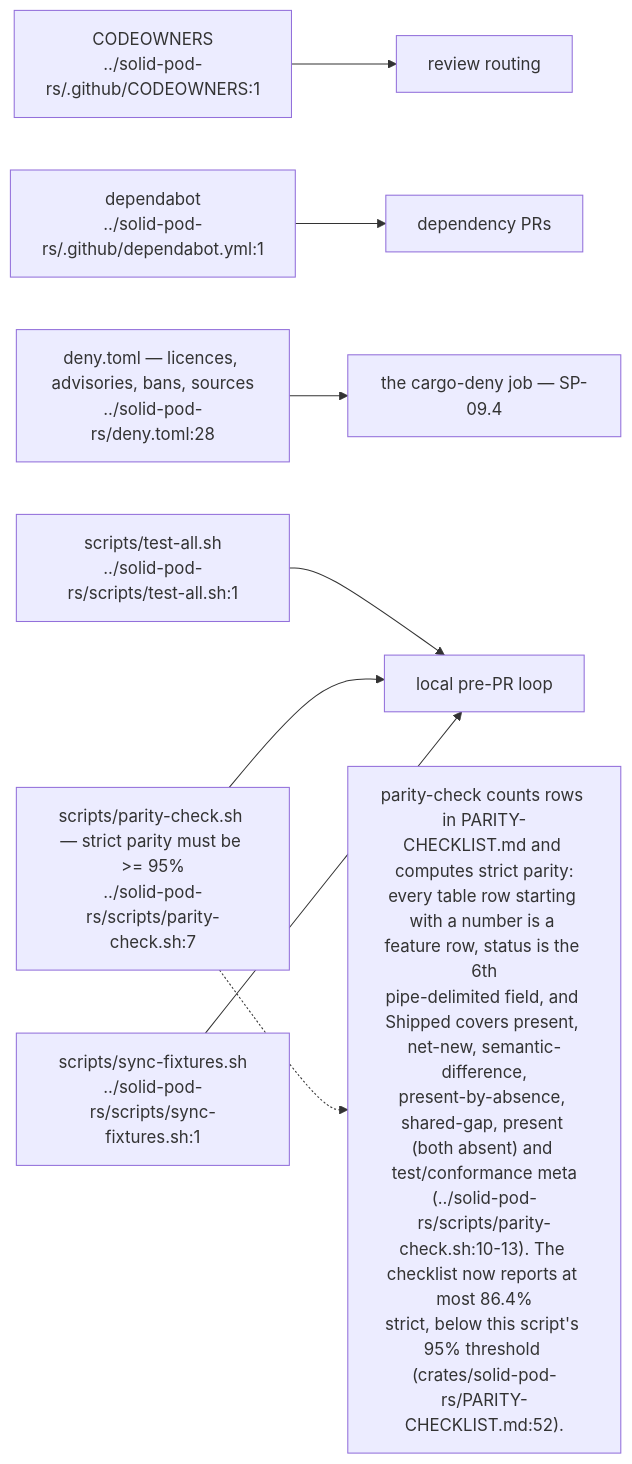
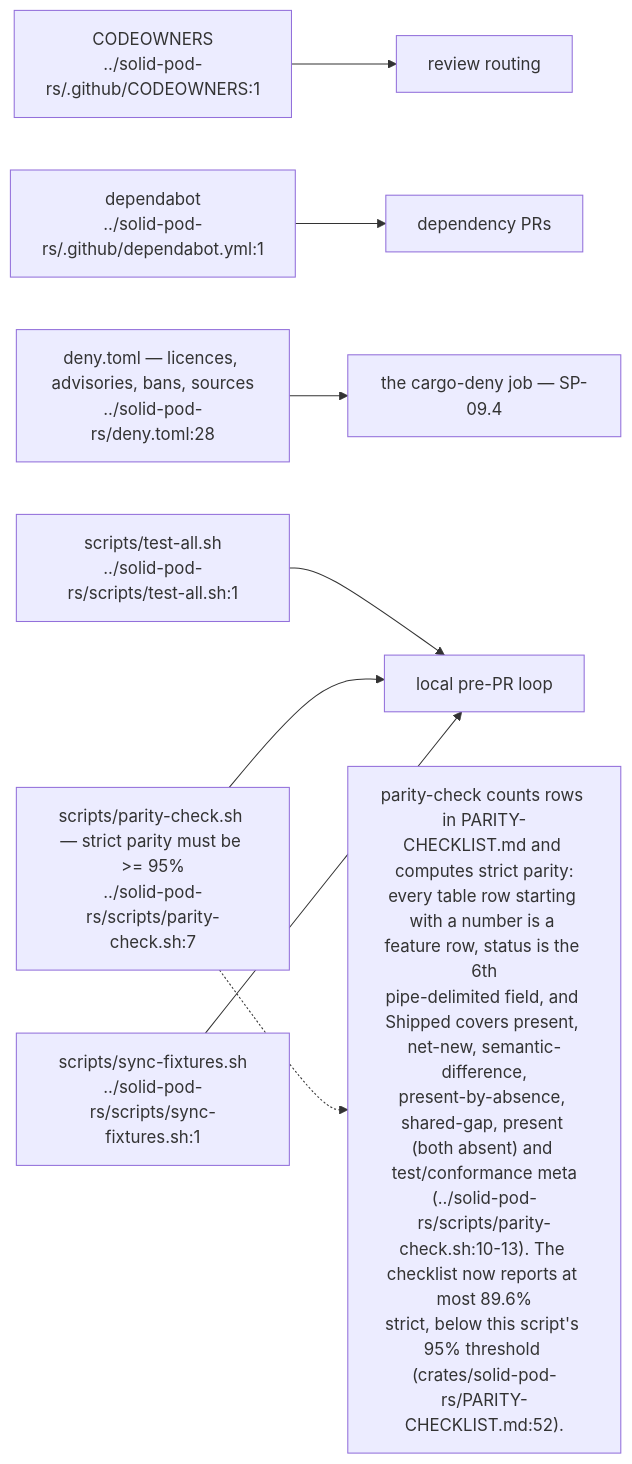
Before and after one commit to DreamLab-AI/VisionFlow: the sixth of 9 diagrams in docs/diagrams/solid-pod-rs/09-ci-release-and-consumer-pins.md, drawn with Mermaid. The commit also changed other lines of this file and 59 other files, not shown here.

First line of the commit message:
docs(diagrams): re-derive and re-stamp forum, website, pod, ontomark and sealmap topics

````diff
--- a/docs/diagrams/solid-pod-rs/09-ci-release-and-consumer-pins.md
+++ b/docs/diagrams/solid-pod-rs/09-ci-release-and-consumer-pins.md
@@ -259,19 +262,19 @@
 ```mermaid
 flowchart LR
     CO["CODEOWNERS<br/>../solid-pod-rs/.github/CODEOWNERS:1"]
     DEP["dependabot<br/>../solid-pod-rs/.github/dependabot.yml:1"]
     DENYF["deny.toml — licences, advisories, bans, sources<br/>../solid-pod-rs/deny.toml:28"]
     TA["scripts/test-all.sh<br/>../solid-pod-rs/scripts/test-all.sh:1"]
     PC["scripts/parity-check.sh — strict parity must be >= 95%<br/>../solid-pod-rs/scripts/parity-check.sh:7"]
     SF["scripts/sync-fixtures.sh<br/>../solid-pod-rs/scripts/sync-fixtures.sh:1"]
 
     CO --> REVIEW["review routing"]
     DEP --> BUMP["dependency PRs"]
     DENYF --> CI["the cargo-deny job — SP-09.4"]
     TA --> LOCAL["local pre-PR loop"]
     PC --> LOCAL
     SF --> LOCAL
 
-    N["parity-check counts rows in PARITY-CHECKLIST.md and computes strict parity:<br/>every table row starting with a number is a feature row, status is the 6th<br/>pipe-delimited field, and Shipped covers present, net-new, semantic-difference,<br/>present-by-absence, shared-gap, present (both absent) and test/conformance meta<br/>(../solid-pod-rs/scripts/parity-check.sh:10-13). The checklist now reports at most 86.4%<br/>strict, below this script's 95% threshold (crates/solid-pod-rs/PARITY-CHECKLIST.md:52)."]
+    N["parity-check counts rows in PARITY-CHECKLIST.md and computes strict parity:<br/>every table row starting with a number is a feature row, status is the 6th<br/>pipe-delimited field, and Shipped covers present, net-new, semantic-difference,<br/>present-by-absence, shared-gap, present (both absent) and test/conformance meta<br/>(../solid-pod-rs/scripts/parity-check.sh:10-13). The checklist now reports at most 89.6%<br/>strict, below this script's 95% threshold (crates/solid-pod-rs/PARITY-CHECKLIST.md:52)."]
     PC -.-> N
 ```
````
